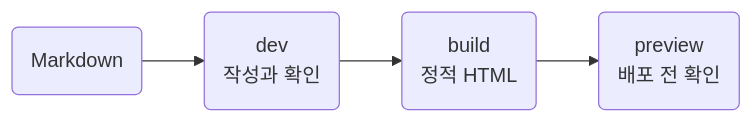
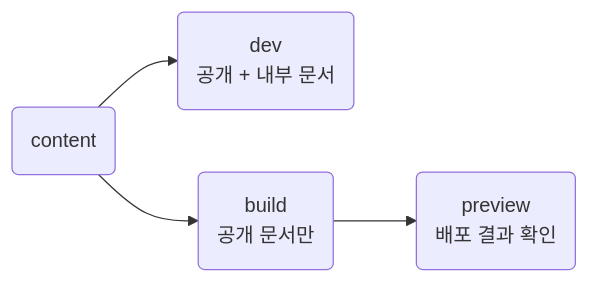
The diagram in content/public/commands.md (minu-ha/for-humanity), drawn with Mermaid before and after one commit. The commit also changed other lines of this file and 31 other files, not shown here.

````diff
--- a/content/public/commands.md
+++ b/content/public/commands.md
@@ -13,6 +15,6 @@
 ```mermaid
 flowchart LR
-    a("Markdown") --> b("dev<br>작성과 확인")
-    b --> c("build<br>정적 HTML")
-    c --> d("preview<br>배포 전 확인")
+    a("content") --> b("dev<br>공개 + 내부 문서")
+    a --> c("build<br>공개 문서만")
+    c --> d("preview<br>배포 결과 확인")
 ```
````
